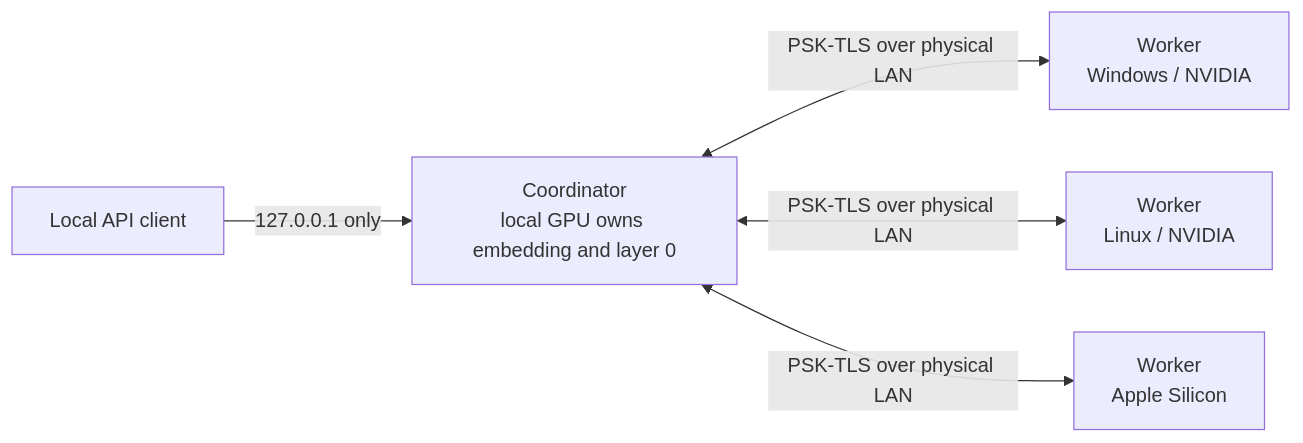
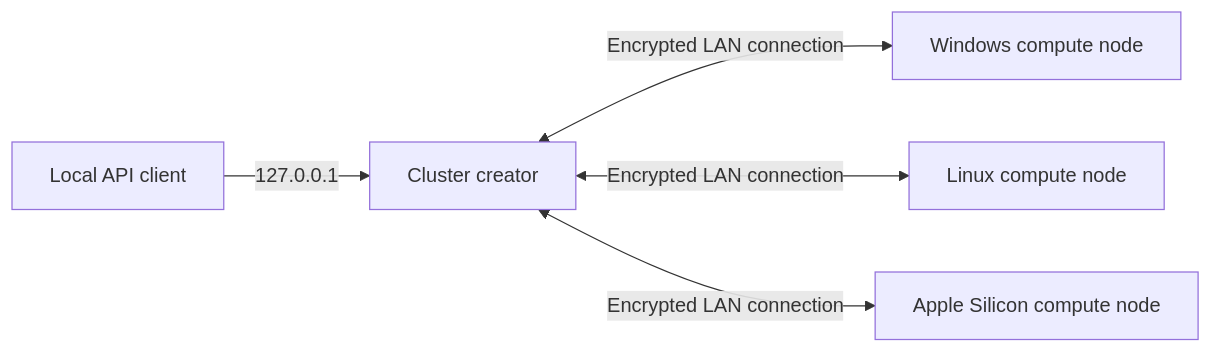
One commit to idletoken/IdleToken changed the diagram in docs/user-guide.md. Above: the diagram before and after it, drawn with Mermaid. The commit also changed other lines of this file and 7 other files, not shown here.

````diff
--- a/docs/user-guide.md
+++ b/docs/user-guide.md
@@ -199,11 +206,11 @@
 ```mermaid
 flowchart LR
-    A[Coordinator<br/>local GPU owns embedding and layer 0]
-    B[Worker<br/>Windows / NVIDIA]
-    C[Worker<br/>Linux / NVIDIA]
-    D[Worker<br/>Apple Silicon]
-    A <-->|PSK-TLS over physical LAN| B
-    A <-->|PSK-TLS over physical LAN| C
-    A <-->|PSK-TLS over physical LAN| D
-    U[Local API client] -->|127.0.0.1 only| A
+    A[Cluster creator]
+    B[Windows compute node]
+    C[Linux compute node]
+    D[Apple Silicon compute node]
+    A <-->|Encrypted LAN connection| B
+    A <-->|Encrypted LAN connection| C
+    A <-->|Encrypted LAN connection| D
+    U[Local API client] -->|127.0.0.1| A
 ```
````
